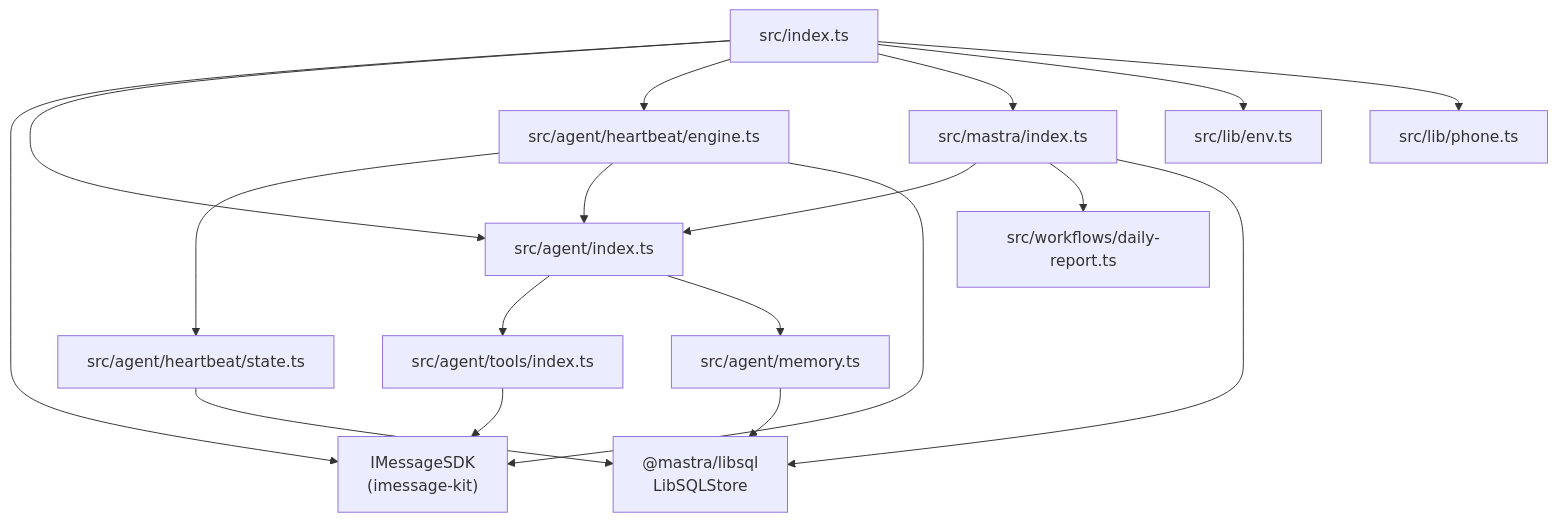
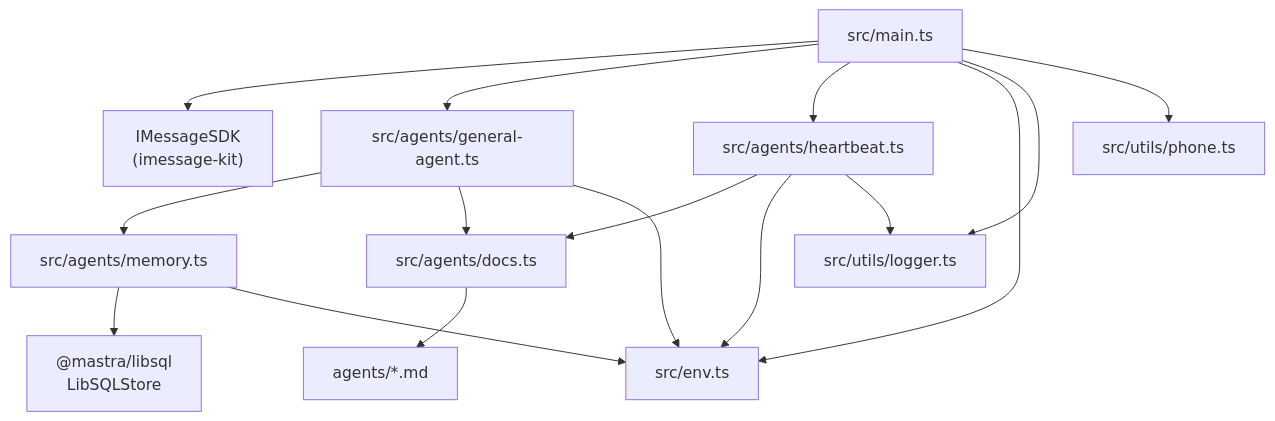
One commit to posaune0423/mastra-imessage-agent changed the fourth of 4 diagrams in docs/DESIGN.md. Above: the diagram before and after it, drawn with Mermaid. The commit also changed other lines of this file and 46 other files, not shown here.

First line of the commit message:
refactor: simplify architecture to minimal P0 structure

````diff
--- a/docs/DESIGN.md
+++ b/docs/DESIGN.md
@@ -216,27 +197,23 @@
 ```mermaid
 graph TD
-    INDEX["src/index.ts"]
+    MAIN["src/main.ts"]
 
-    INDEX --> SDK_WRAP["IMessageSDK\n(imessage-kit)"]
-    INDEX --> AGENT["src/agent/index.ts"]
-    INDEX --> HB_ENGINE["src/agent/heartbeat/engine.ts"]
-    INDEX --> MASTRA["src/mastra/index.ts"]
+    MAIN --> SDK_WRAP["IMessageSDK\n(imessage-kit)"]
+    MAIN --> AGENT["src/agents/general-agent.ts"]
+    MAIN --> HB_ENGINE["src/agents/heartbeat.ts"]
+    MAIN --> ENV["src/env.ts"]
+    MAIN --> LOGGER["src/utils/logger.ts"]
+    MAIN --> PHONE["src/utils/phone.ts"]
 
-    AGENT --> TOOLS["src/agent/tools/index.ts"]
-    AGENT --> MEMORY["src/agent/memory.ts"]
+    AGENT --> MEMORY["src/agents/memory.ts"]
+    AGENT --> DOCS["src/agents/docs.ts"]
+    AGENT --> ENV
     MEMORY --> DB["@mastra/libsql\nLibSQLStore"]
+    MEMORY --> ENV
 
-    HB_ENGINE --> HB_STATE["src/agent/heartbeat/state.ts"]
-    HB_ENGINE --> AGENT
-    HB_ENGINE --> SDK_WRAP
-    HB_STATE --> DB
+    HB_ENGINE --> DOCS
+    HB_ENGINE --> ENV
+    HB_ENGINE --> LOGGER
 
-    MASTRA --> AGENT
-    MASTRA --> WF["src/workflows/daily-report.ts"]
-    MASTRA --> DB
-
-    TOOLS --> SDK_WRAP
-
-    INDEX --> ENV["src/lib/env.ts"]
-    INDEX --> PHONE["src/lib/phone.ts"]
+    DOCS --> FS["agents/*.md"]
 ```
````
